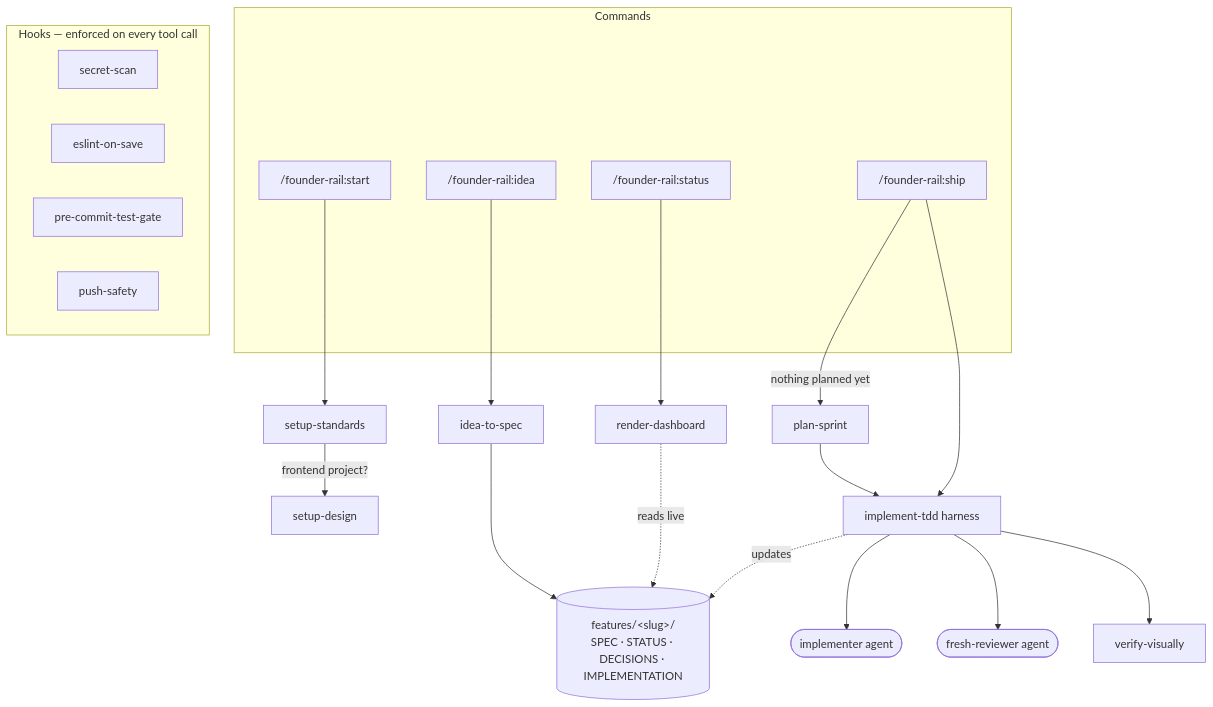
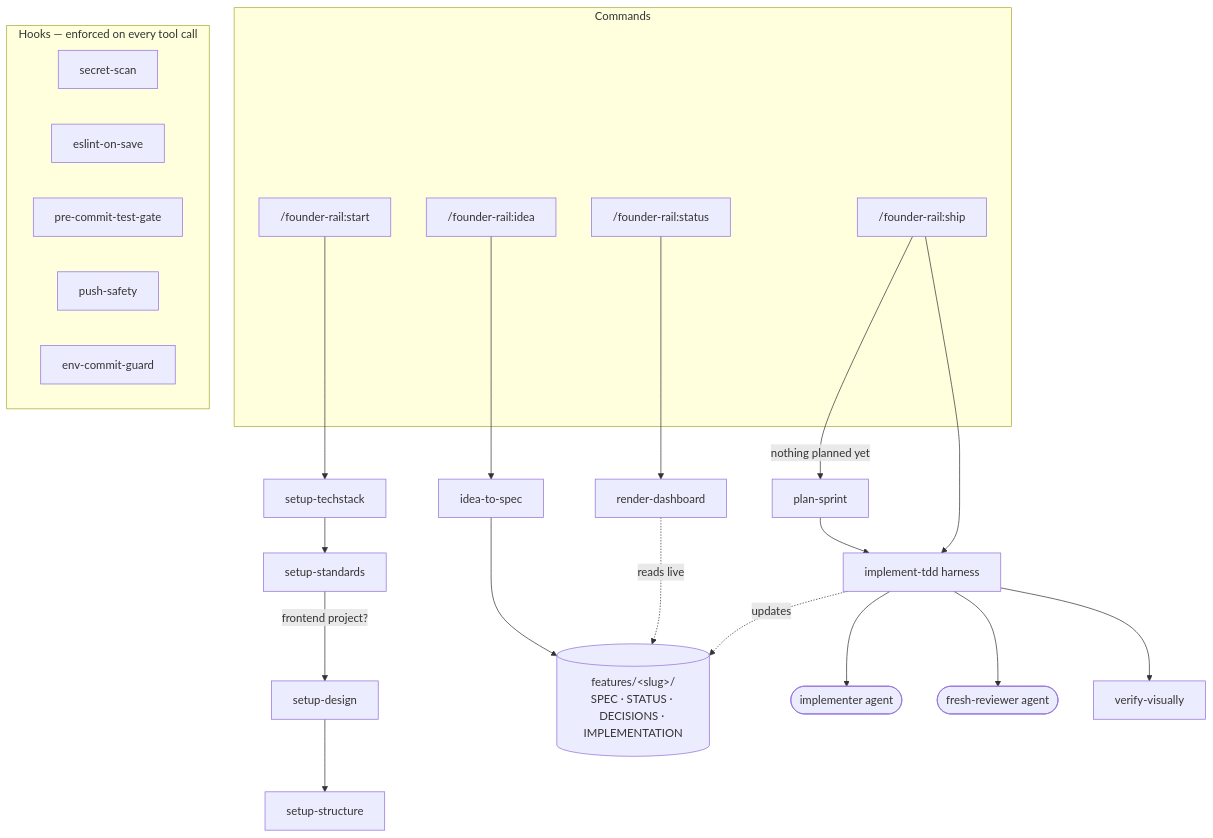
One commit to nutjatuwit0808/founder-rail changed the first of 2 diagrams in README.md. Above: the diagram before and after it, drawn with Mermaid. The commit also changed other lines of this file and 38 other files, not shown here.

````diff
--- a/README.md
+++ b/README.md
@@ -44,33 +46,36 @@
 ```mermaid
 flowchart TD
     subgraph cmds[Commands]
         start["/founder-rail:start"]
         idea["/founder-rail:idea"]
         status["/founder-rail:status"]
         ship["/founder-rail:ship"]
     end
 
-    start --> setupStd[setup-standards]
+    start --> setupTech[setup-techstack]
+    setupTech --> setupStd[setup-standards]
     setupStd -->|frontend project?| setupDsn[setup-design]
+    setupDsn --> setupStruct[setup-structure]
 
     idea --> ideaSpec[idea-to-spec]
     ideaSpec --> feat[("features/&lt;slug&gt;/<br/>SPEC · STATUS · DECISIONS · IMPLEMENTATION")]
 
     status --> dash[render-dashboard]
     dash -. reads live .-> feat
 
     ship -->|nothing planned yet| plan[plan-sprint]
     plan --> impl
     ship --> impl[implement-tdd harness]
     impl --> implementer([implementer agent])
     impl --> reviewer([fresh-reviewer agent])
     impl --> vis[verify-visually]
     impl -. updates .-> feat
 
     subgraph hooks[Hooks — enforced on every tool call]
         h1[secret-scan]
         h2[eslint-on-save]
         h3[pre-commit-test-gate]
         h4[push-safety]
+        h5[env-commit-guard]
     end
 ```
````
